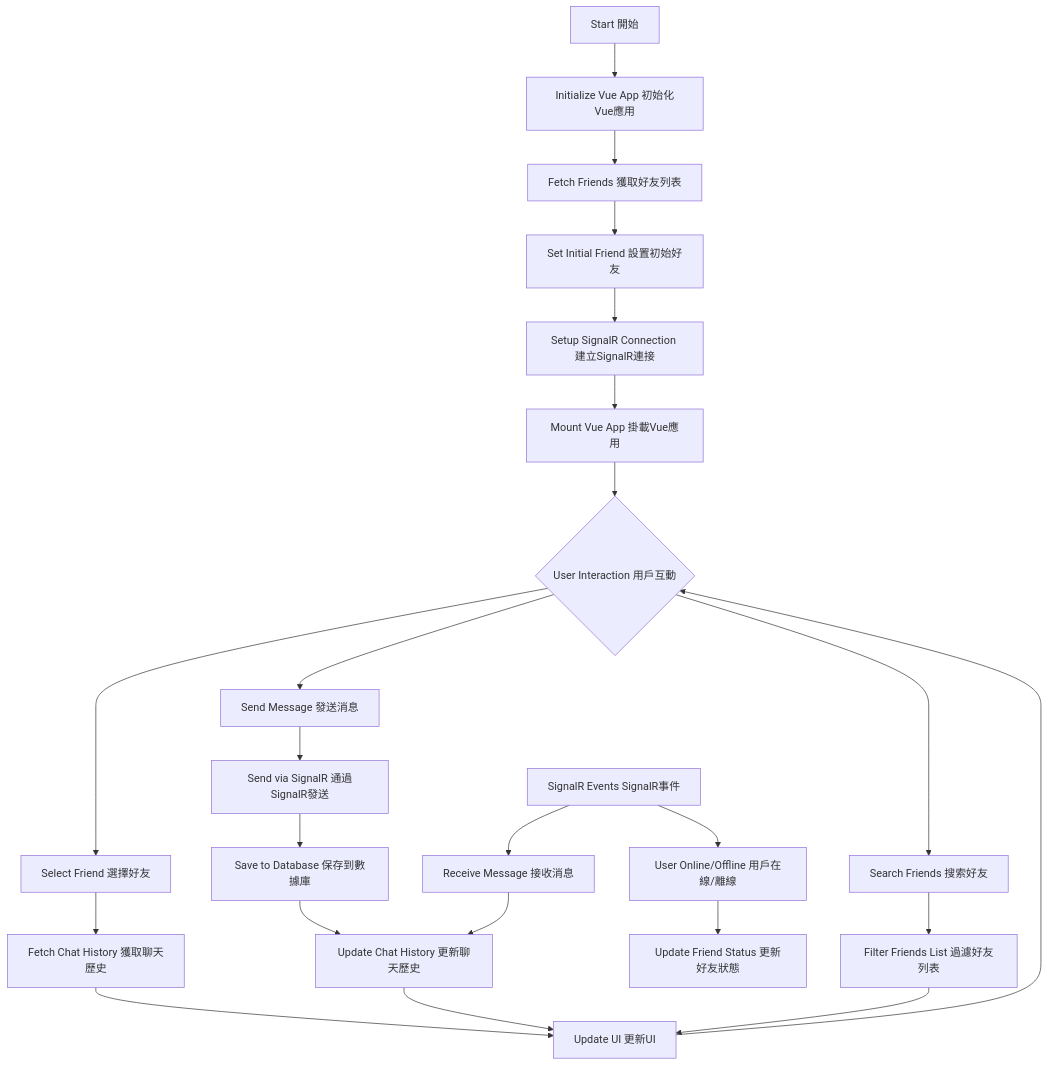
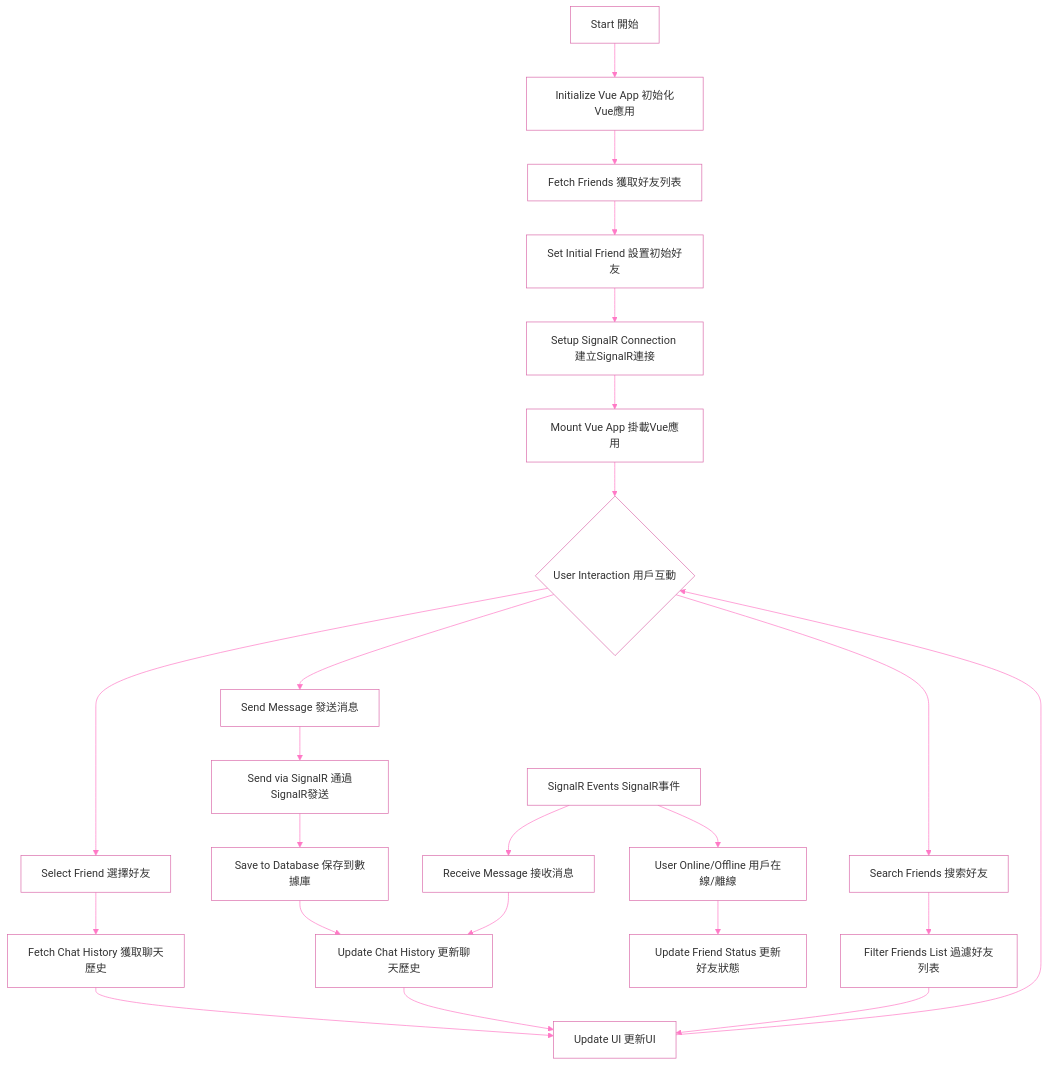
Before and after one commit to Turner-Chang/HaveFun: the diagram in HaveFunTests/Chatroom.mermaid, drawn with Mermaid.

```diff
--- a/HaveFunTests/Chatroom.mermaid
+++ b/HaveFunTests/Chatroom.mermaid
@@ -1,29 +1,31 @@
+%%{init: {'theme': 'base', 'themeVariables': { 'primaryColor': '#ff79c6', 'secondaryColor': '#bd93f9', 'tertiaryColor': '#8be9fd', 'mainBkg': '#ffffff', 'secondBkg': '#f8f8f2', 'lineColor': '#ff79c6', 'fontFamily': 'arial', 'fontSize': '16px' }}}%%
+
 graph TD
     A[Start 開始] --> B[Initialize Vue App 初始化Vue應用]
     B --> C[Fetch Friends 獲取好友列表]
     C --> D[Set Initial Friend 設置初始好友]
     D --> E[Setup SignalR Connection 建立SignalR連接]
     E --> F[Mount Vue App 掛載Vue應用]
 
     F --> G{User Interaction 用戶互動}
     G --> H[Select Friend 選擇好友]
     G --> I[Send Message 發送消息]
     G --> J[Search Friends 搜索好友]
 
     H --> K[Fetch Chat History 獲取聊天歷史]
     K --> L[Update UI 更新UI]
 
     I --> M[Send via SignalR 通過SignalR發送]
     M --> N[Save to Database 保存到數據庫]
     N --> O[Update Chat History 更新聊天歷史]
     O --> L
 
     P[SignalR Events SignalR事件] --> Q[Receive Message 接收消息]
     P --> R[User Online/Offline 用戶在線/離線]
     Q --> O
     R --> S[Update Friend Status 更新好友狀態]
 
     J --> T[Filter Friends List 過濾好友列表]
     T --> L
 
     L --> G
```
